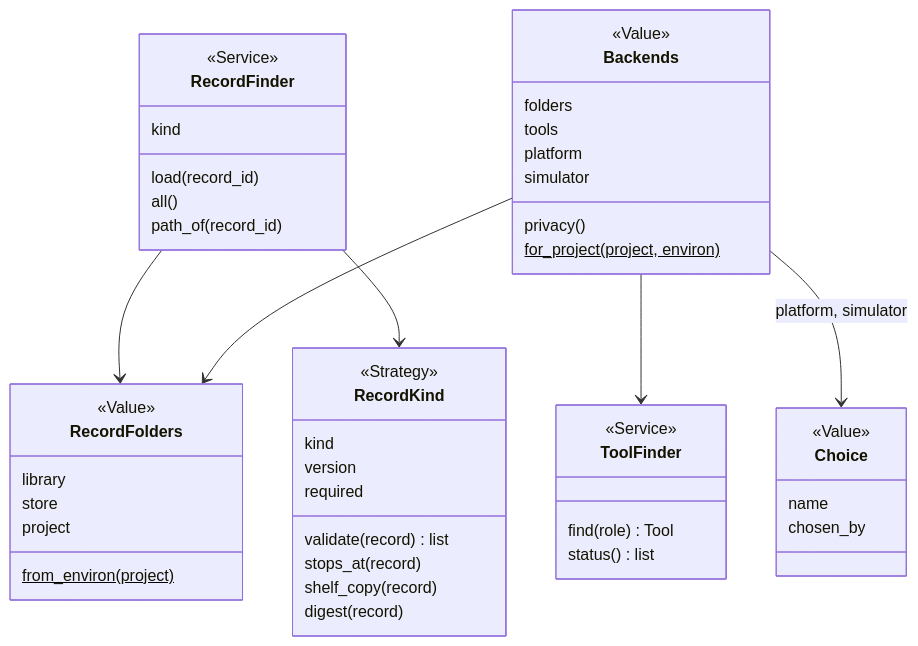
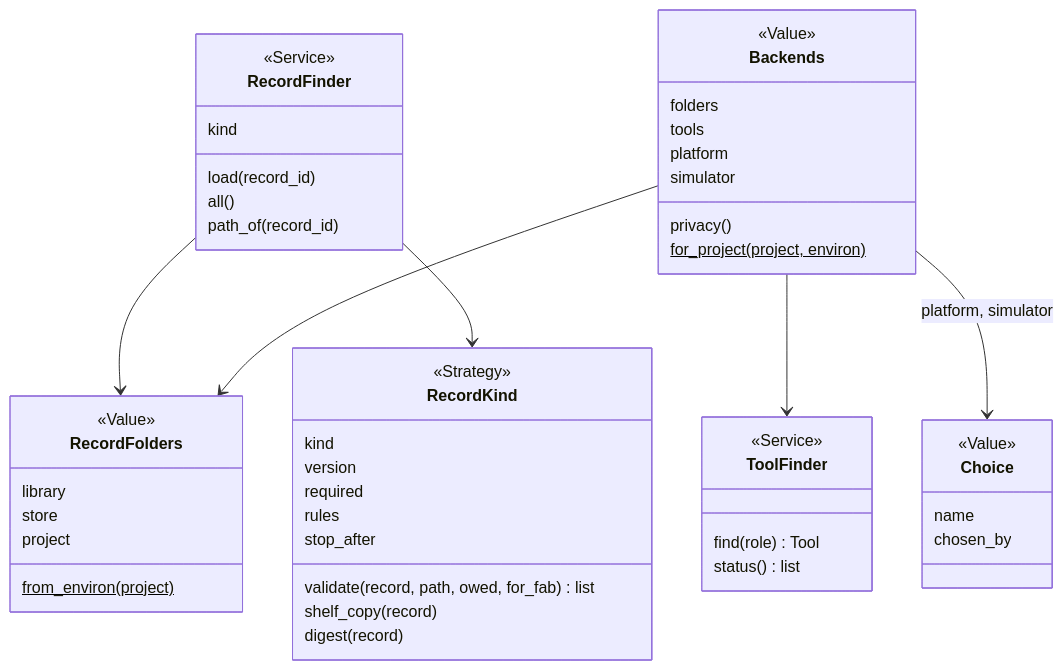
Before and after one commit to xmejkal/spark: the first of 2 diagrams in docs/discovery/2026-10-19-p323-target-architecture/architecture/areas/records.md, drawn with Mermaid. The commit also changed other lines of this file and 4 other files, not shown here.

First line of the commit message:
P724: the docs say RecordKind is built, board_rules joins the records area, and the rows

````diff
--- a/docs/discovery/2026-10-19-p323-target-architecture/architecture/areas/records.md
+++ b/docs/discovery/2026-10-19-p323-target-architecture/architecture/areas/records.md
@@ -62,51 +63,52 @@
 ```mermaid
 classDiagram
   class RecordFolders {
     <<Value>>
     library
     store
     project
     from_environ(project)$
   }
   class RecordFinder {
     <<Service>>
     kind
     load(record_id)
     all()
     path_of(record_id)
   }
   class RecordKind {
     <<Strategy>>
     kind
     version
     required
-    validate(record) list
-    stops_at(record)
+    rules
+    stop_after
+    validate(record, path, owed, for_fab) list
     shelf_copy(record)
     digest(record)
   }
   class ToolFinder {
     <<Service>>
     find(role) Tool
     status() list
   }
   class Backends {
     <<Value>>
     folders
     tools
     platform
     simulator
     privacy()
     for_project(project, environ)$
   }
   class Choice {
     <<Value>>
     name
     chosen_by
   }
   RecordFinder --> RecordFolders
   RecordFinder --> RecordKind
   Backends --> RecordFolders
   Backends --> ToolFinder
   Backends --> Choice : platform, simulator
 ```
````
